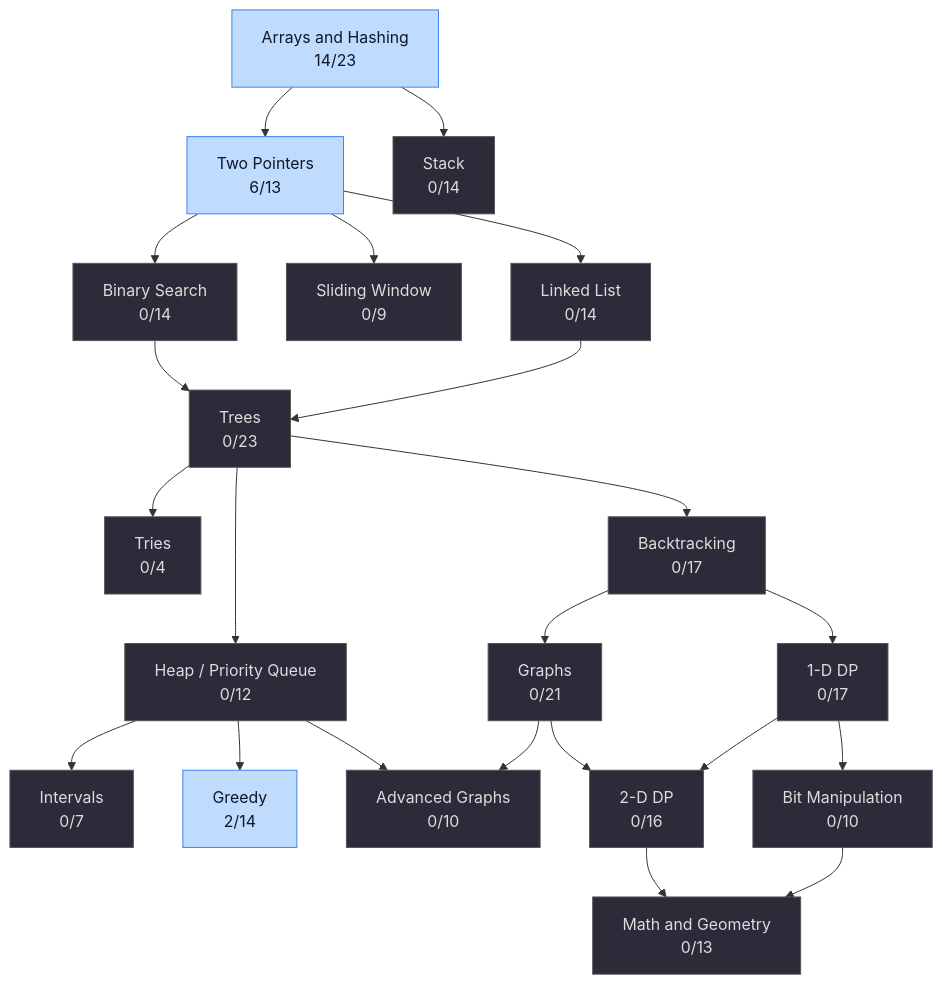
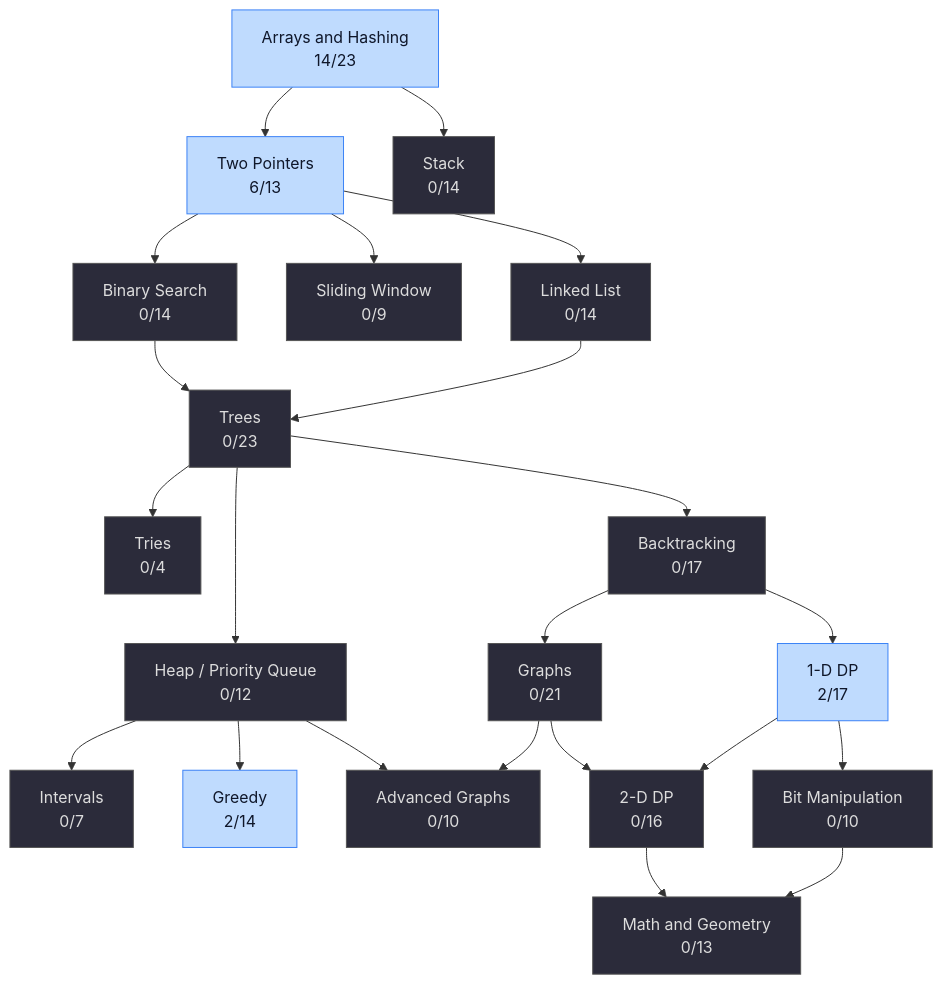
One commit to DevsLuca/Studies changed the diagram in LeetCode/README.md. Above: the diagram before and after it, drawn with Mermaid. The commit also changed other lines of this file, not shown here.

````diff
--- a/LeetCode/README.md
+++ b/LeetCode/README.md
@@ -8,47 +8,47 @@
 ```mermaid
 graph TD
   AH["Arrays and Hashing<br/>14/23"]:::doing
   TP["Two Pointers<br/>6/13"]:::doing
   SW["Sliding Window<br/>0/9"]:::todo
   ST["Stack<br/>0/14"]:::todo
   BS["Binary Search<br/>0/14"]:::todo
   LL["Linked List<br/>0/14"]:::todo
   TR["Trees<br/>0/23"]:::todo
   HP["Heap / Priority Queue<br/>0/12"]:::todo
   BT["Backtracking<br/>0/17"]:::todo
   TRI["Tries<br/>0/4"]:::todo
   GP["Graphs<br/>0/21"]:::todo
   AG["Advanced Graphs<br/>0/10"]:::todo
-  DP1["1-D DP<br/>0/17"]:::todo
+  DP1["1-D DP<br/>2/17"]:::doing
   DP2["2-D DP<br/>0/16"]:::todo
   GR["Greedy<br/>2/14"]:::doing
   IN["Intervals<br/>0/7"]:::todo
   MG["Math and Geometry<br/>0/13"]:::todo
   BM["Bit Manipulation<br/>0/10"]:::todo
 
   AH --> TP
   AH --> ST
   TP --> BS
   TP --> SW
   TP --> LL
   BS --> TR
   LL --> TR
   TR --> TRI
   TR --> HP
   TR --> BT
   HP --> IN
   HP --> GR
   HP --> AG
   BT --> GP
   BT --> DP1
   GP --> AG
   GP --> DP2
   DP1 --> DP2
   DP1 --> BM
   DP2 --> MG
   BM --> MG
 
   classDef todo fill:#2b2b3a,stroke:#555,color:#ddd
   classDef doing fill:#bfdbfe,stroke:#3b82f6,color:#0f172a
   classDef done fill:#14532d,stroke:#22c55e,color:#fff
 ```
````
